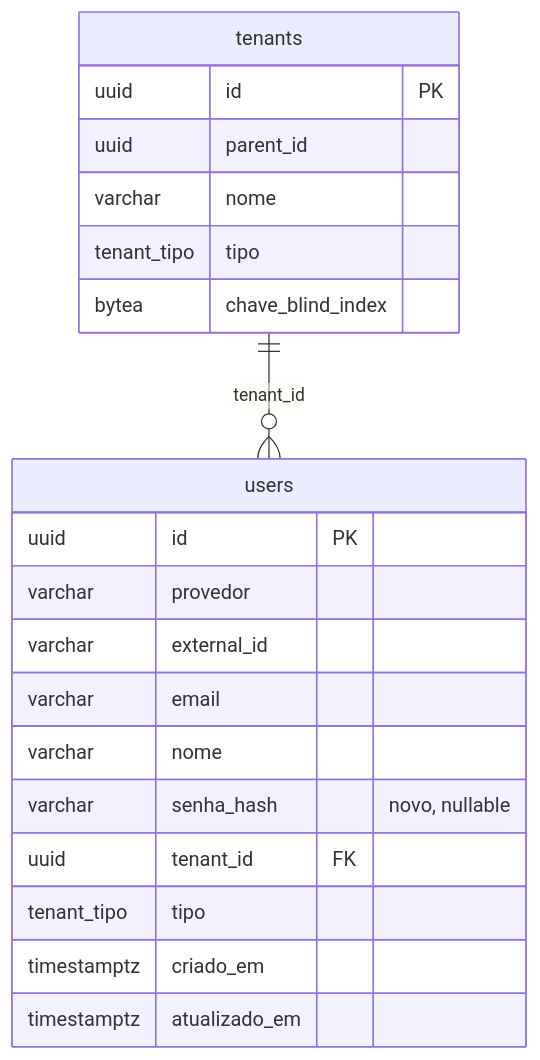
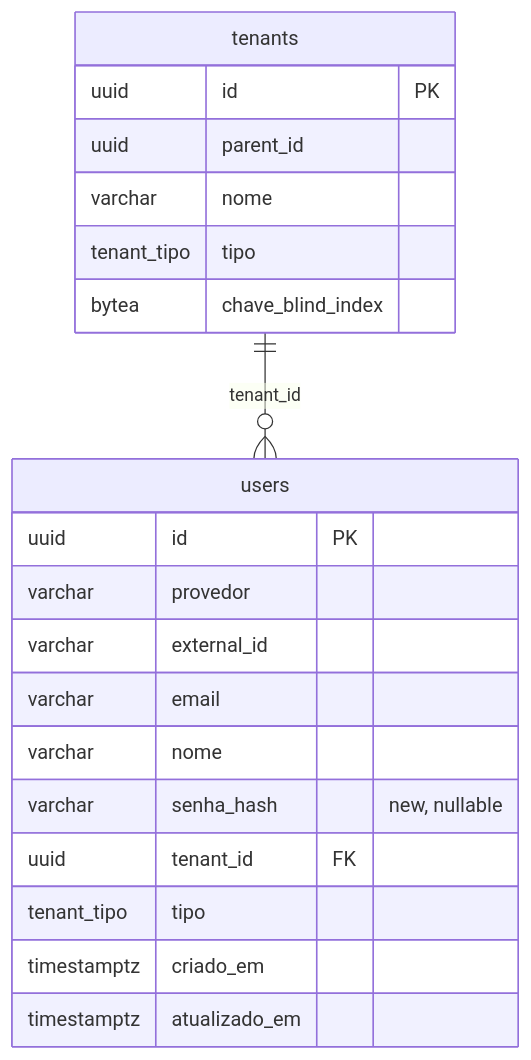
The diagram in specs/006-auto-cadastro/data-model.md (GiovaniRodrigo/arquitetura-mach-saas-nocode), drawn with Mermaid before and after one commit. The commit also changed other lines of this file and 86 other files, not shown here.

````diff
--- a/specs/006-auto-cadastro/data-model.md
+++ b/specs/006-auto-cadastro/data-model.md
@@ -44,23 +44,23 @@
 ```mermaid
 erDiagram
   tenants ||--o{ users : tenant_id
   tenants {
     uuid id PK
     uuid parent_id
     varchar nome
     tenant_tipo tipo
     bytea chave_blind_index
   }
   users {
     uuid id PK
     varchar provedor
     varchar external_id
     varchar email
     varchar nome
-    varchar senha_hash "novo, nullable"
+    varchar senha_hash "new, nullable"
     uuid tenant_id FK
     tenant_tipo tipo
     timestamptz criado_em
     timestamptz atualizado_em
   }
 ```
````
